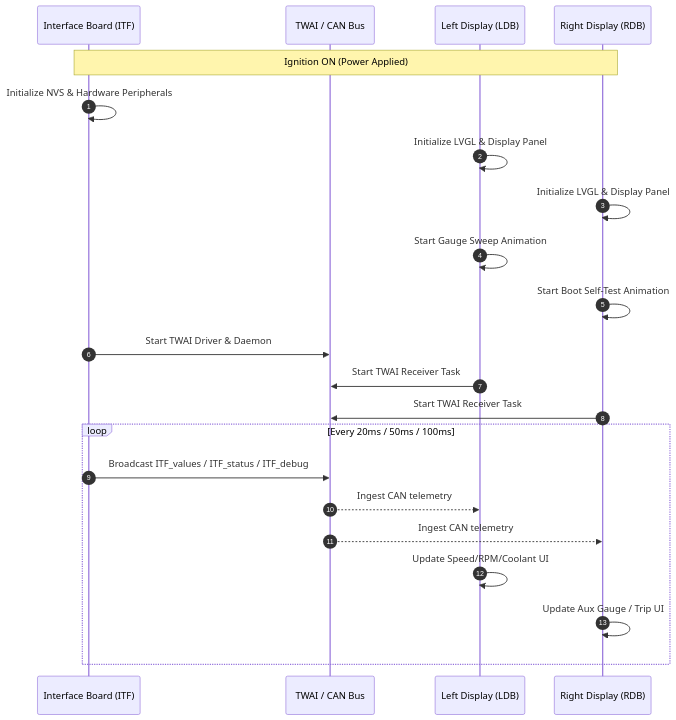
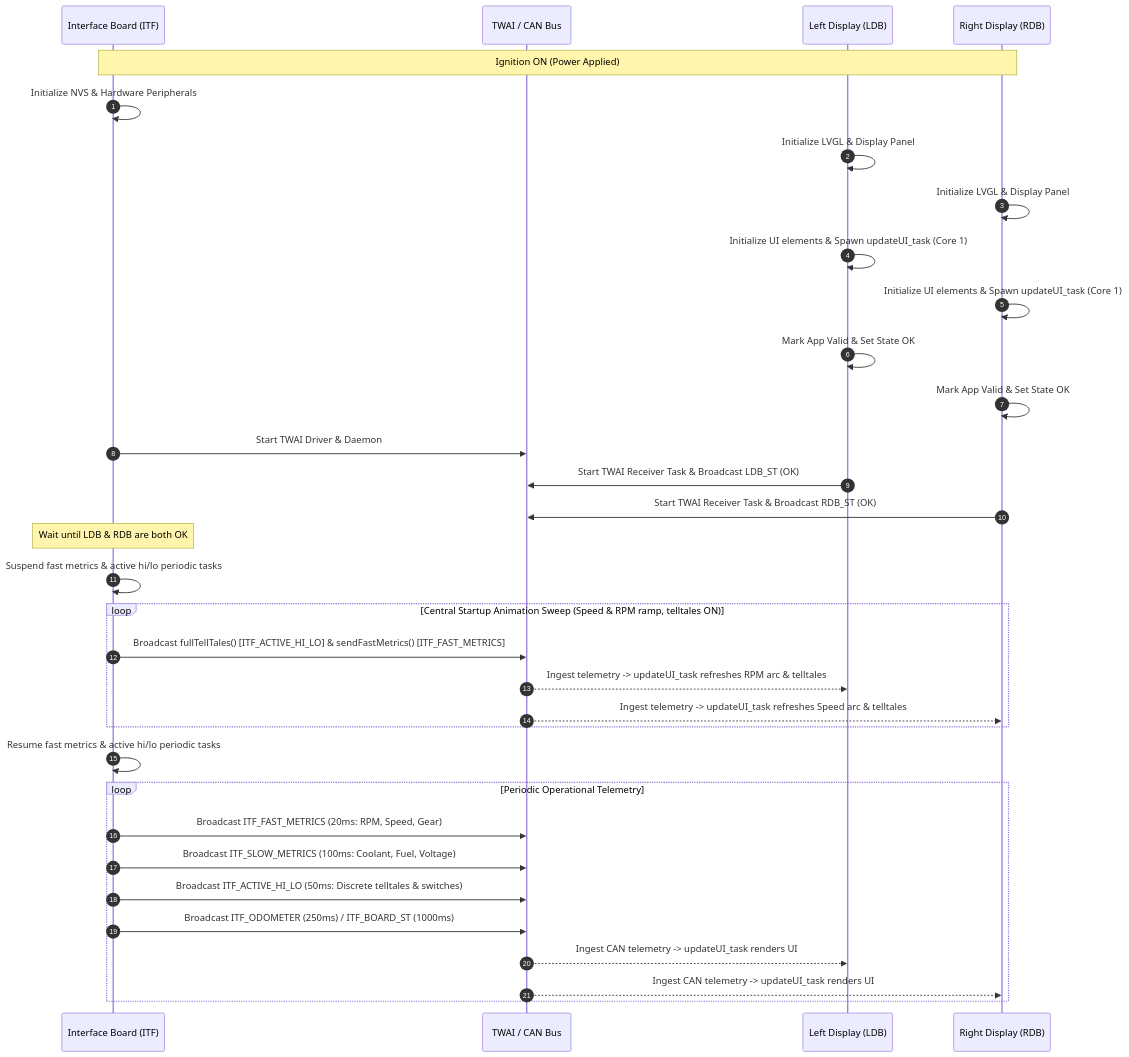
Before and after one commit to martinroger/vx-binocle-espidf: the first of 4 diagrams in docs/SCENARIOS.md, drawn with Mermaid. The commit also changed other lines of this file and 10 other files, not shown here.

````diff
--- a/docs/SCENARIOS.md
+++ b/docs/SCENARIOS.md
@@ -9,28 +9,41 @@
 ```mermaid
 sequenceDiagram
     autonumber
     participant ITF as Interface Board (ITF)
     participant CAN as TWAI / CAN Bus
     participant LDB as Left Display (LDB)
     participant RDB as Right Display (RDB)
 
     Note over ITF, RDB: Ignition ON (Power Applied)
     ITF->>ITF: Initialize NVS & Hardware Peripherals
     LDB->>LDB: Initialize LVGL & Display Panel
     RDB->>RDB: Initialize LVGL & Display Panel
     
-    LDB->>LDB: Start Gauge Sweep Animation
-    RDB->>RDB: Start Boot Self-Test Animation
+    LDB->>LDB: Initialize UI elements & Spawn updateUI_task (Core 1)
+    RDB->>RDB: Initialize UI elements & Spawn updateUI_task (Core 1)
+
+    LDB->>LDB: Mark App Valid & Set State OK
+    RDB->>RDB: Mark App Valid & Set State OK
 
     ITF->>CAN: Start TWAI Driver & Daemon
-    LDB->>CAN: Start TWAI Receiver Task
-    RDB->>CAN: Start TWAI Receiver Task
+    LDB->>CAN: Start TWAI Receiver Task & Broadcast LDB_ST (OK)
+    RDB->>CAN: Start TWAI Receiver Task & Broadcast RDB_ST (OK)
 
-    loop Every 20ms / 50ms / 100ms
-        ITF->>CAN: Broadcast ITF_values / ITF_status / ITF_debug
-        CAN-->>LDB: Ingest CAN telemetry
-        CAN-->>RDB: Ingest CAN telemetry
-        LDB->>LDB: Update Speed/RPM/Coolant UI
-        RDB->>RDB: Update Aux Gauge / Trip UI
+    Note over ITF: Wait until LDB & RDB are both OK
+    ITF->>ITF: Suspend fast metrics & active hi/lo periodic tasks
+    loop Central Startup Animation Sweep (Speed & RPM ramp, telltales ON)
+        ITF->>CAN: Broadcast fullTellTales() [ITF_ACTIVE_HI_LO] & sendFastMetrics() [ITF_FAST_METRICS]
+        CAN-->>LDB: Ingest telemetry -> updateUI_task refreshes RPM arc & telltales
+        CAN-->>RDB: Ingest telemetry -> updateUI_task refreshes Speed arc & telltales
+    end
+    ITF->>ITF: Resume fast metrics & active hi/lo periodic tasks
+
+    loop Periodic Operational Telemetry
+        ITF->>CAN: Broadcast ITF_FAST_METRICS (20ms: RPM, Speed, Gear)
+        ITF->>CAN: Broadcast ITF_SLOW_METRICS (100ms: Coolant, Fuel, Voltage)
+        ITF->>CAN: Broadcast ITF_ACTIVE_HI_LO (50ms: Discrete telltales & switches)
+        ITF->>CAN: Broadcast ITF_ODOMETER (250ms) / ITF_BOARD_ST (1000ms)
+        CAN-->>LDB: Ingest CAN telemetry -> updateUI_task renders UI
+        CAN-->>RDB: Ingest CAN telemetry -> updateUI_task renders UI
     end
 ```
````
